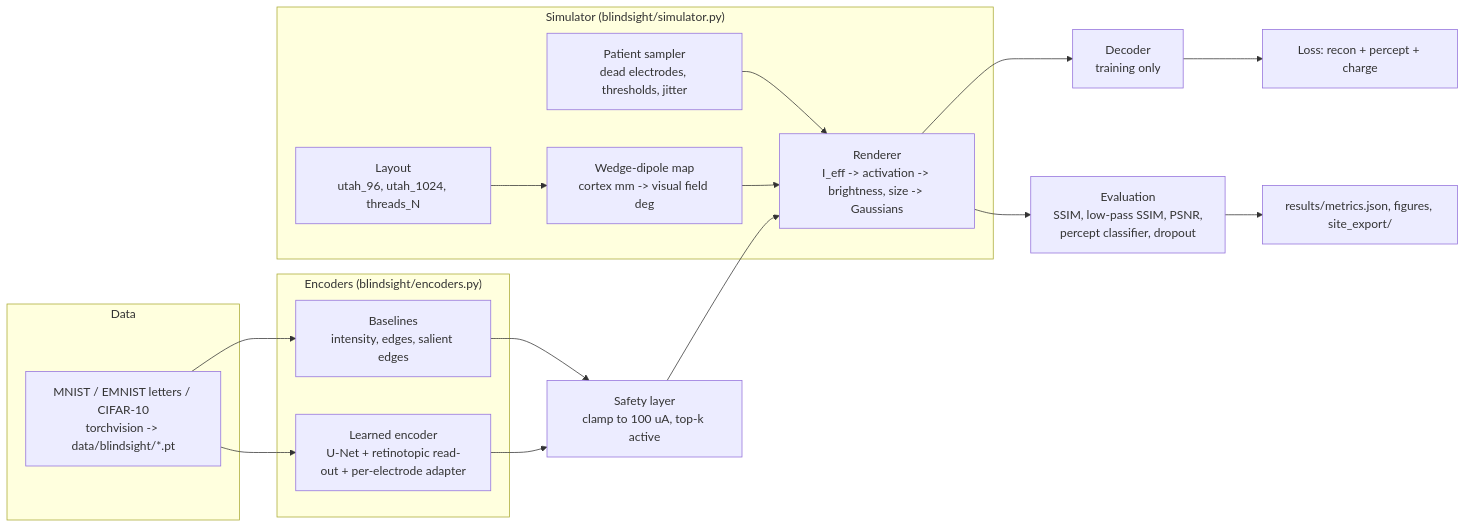
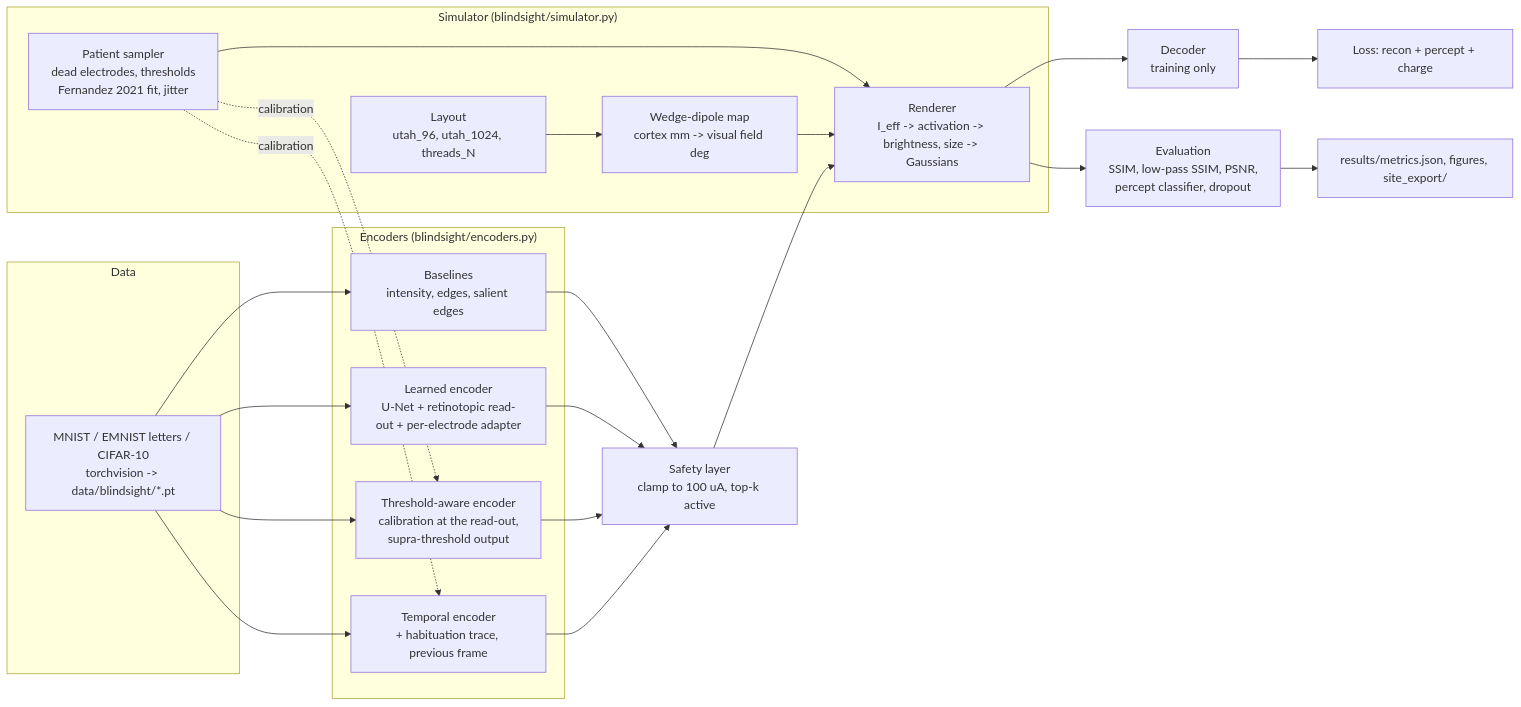
One commit to amalmehta/BCIProjects changed the diagram in projects/blindsight/docs/DESIGN.md. Above: the diagram before and after it, drawn with Mermaid. The commit also changed other lines of this file and 1 other file, not shown here.

First line of the commit message:
Document threshold-aware and temporal encoders in blindsight docs

````diff
--- a/projects/blindsight/docs/DESIGN.md
+++ b/projects/blindsight/docs/DESIGN.md
@@ -13,20 +13,23 @@
 ```mermaid
 flowchart LR
   subgraph Data
     D1[MNIST / EMNIST letters / CIFAR-10<br/>torchvision -> data/blindsight/*.pt]
   end
   subgraph Simulator["Simulator (blindsight/simulator.py)"]
     L[Layout<br/>utah_96, utah_1024, threads_N] --> M[Wedge-dipole map<br/>cortex mm -> visual field deg]
-    P[Patient sampler<br/>dead electrodes, thresholds, jitter] --> R
+    P[Patient sampler<br/>dead electrodes, thresholds<br/>Fernandez 2021 fit, jitter] --> R
     M --> R[Renderer<br/>I_eff -> activation -> brightness, size -> Gaussians]
   end
   subgraph Encoders["Encoders (blindsight/encoders.py)"]
     B[Baselines<br/>intensity, edges, salient edges]
     E[Learned encoder<br/>U-Net + retinotopic read-out + per-electrode adapter]
+    TA[Threshold-aware encoder<br/>calibration at the read-out,<br/>supra-threshold output]
+    TE[Temporal encoder<br/>+ habituation trace, previous frame]
   end
+  P -. calibration .-> TA & TE
   S[Safety layer<br/>clamp to 100 uA, top-k active]
-  D1 --> B & E --> S --> R
+  D1 --> B & E & TA & TE --> S --> R
   R --> Dec[Decoder<br/>training only] --> Loss[Loss: recon + percept + charge]
   R --> Eval[Evaluation<br/>SSIM, low-pass SSIM, PSNR,<br/>percept classifier, dropout]
   Eval --> Out[results/metrics.json, figures, site_export/]
 ```
````
